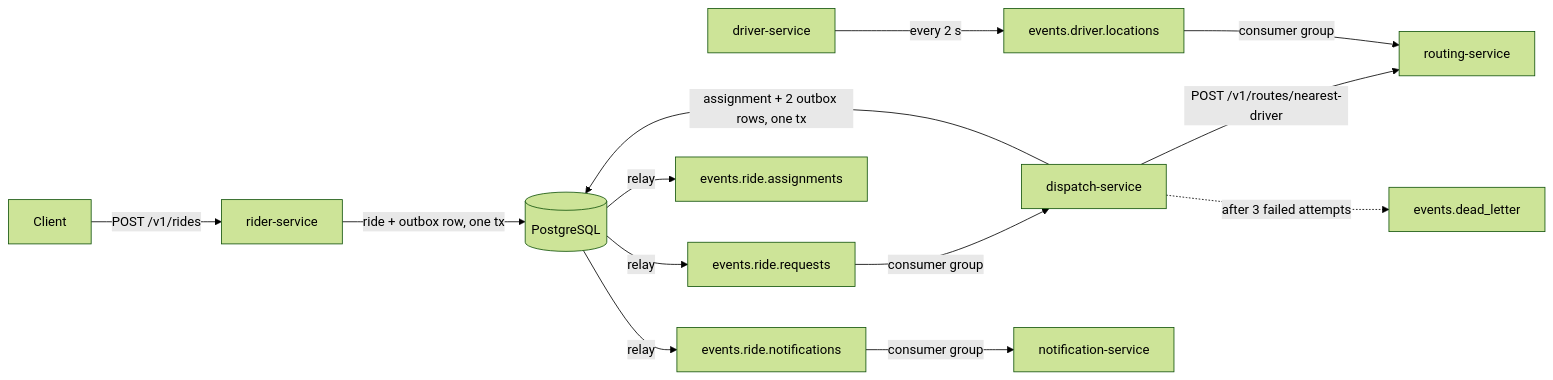
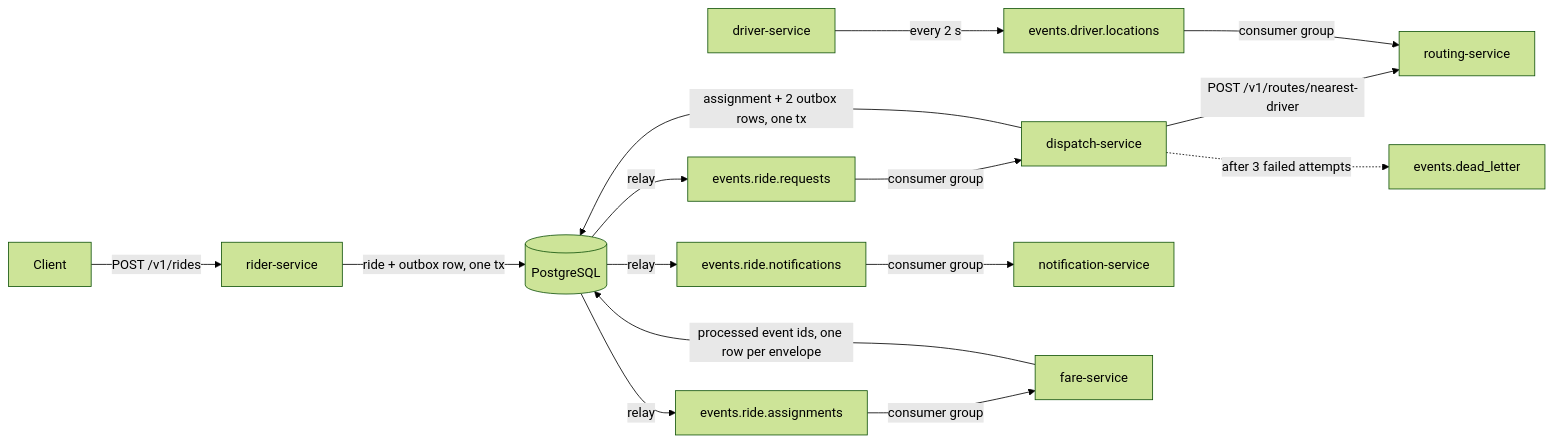
One commit to 96528025/MetroRide changed the diagram in README.md. Above: the diagram before and after it, drawn with Mermaid (forest theme). The commit also changed other lines of this file and 43 other files, not shown here.

First line of the commit message:
feat: add fare-service skeleton consuming ride assignments (#9)

````diff
--- a/README.md
+++ b/README.md
@@ -22,15 +22,17 @@
 ```mermaid
 flowchart LR
     Client -->|POST /v1/rides| Rider[rider-service]
     Rider -->|ride + outbox row, one tx| DB[(PostgreSQL)]
     DB -->|relay| RQ[events.ride.requests]
     RQ -->|consumer group| Dispatch[dispatch-service]
     Dispatch -->|POST /v1/routes/nearest-driver| Routing[routing-service]
     Driver[driver-service] -->|every 2 s| DL[events.driver.locations]
     DL -->|consumer group| Routing
     Dispatch -->|assignment + 2 outbox rows, one tx| DB
     DB -->|relay| RA[events.ride.assignments]
     DB -->|relay| RN[events.ride.notifications]
     RN -->|consumer group| Notify[notification-service]
     Dispatch -.->|after 3 failed attempts| DLQ[events.dead_letter]
+    RA -->|consumer group| Fare[fare-service]
+    Fare -->|processed event ids, one row per envelope| DB
 ```
````
